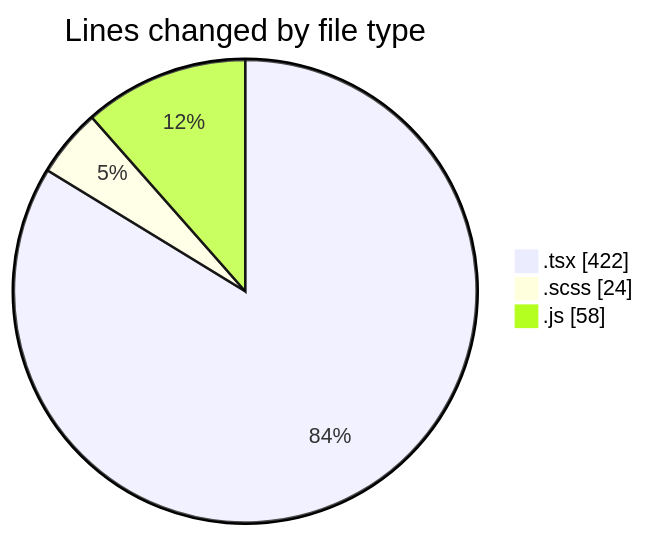
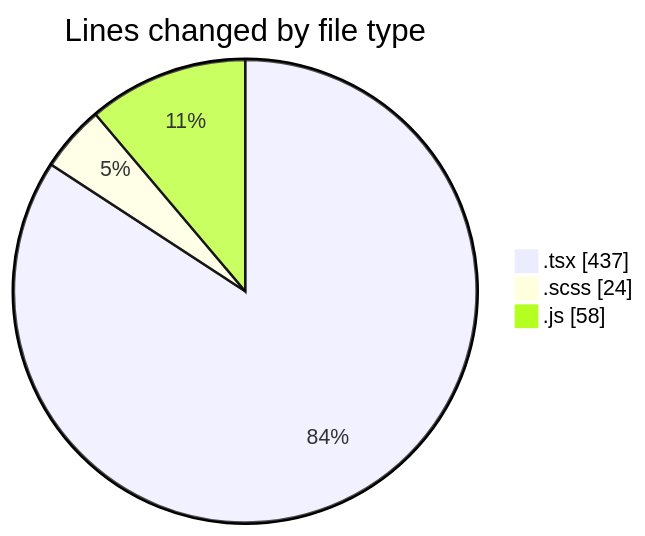
Before and after one commit to momahboobian/code-tracking: the first of 2 diagrams in 2025-05-02/cda/README.md, drawn with Mermaid. The commit also changed other lines of this file and 1 other file, not shown here.

````diff
--- a/2025-05-02/cda/README.md
+++ b/2025-05-02/cda/README.md
@@ -23,7 +23,7 @@
 ```mermaid
 pie showData
 title Lines changed by file type
-".tsx" : 422
+".tsx" : 437
 ".scss" : 24
 ".js" : 58
 ```
````
